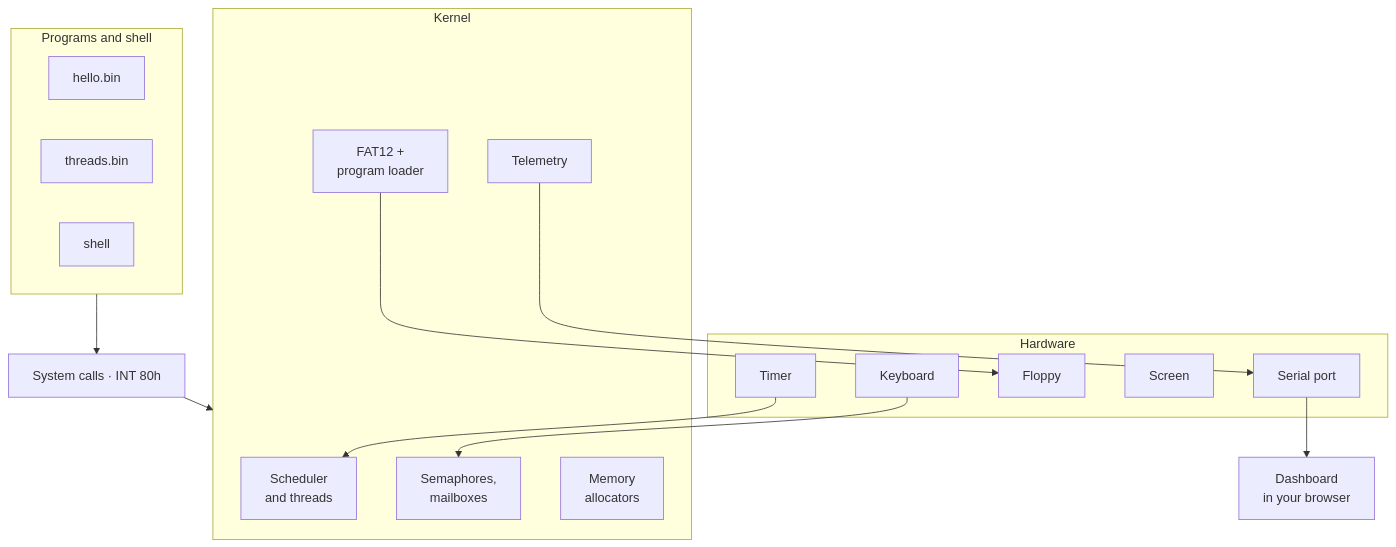
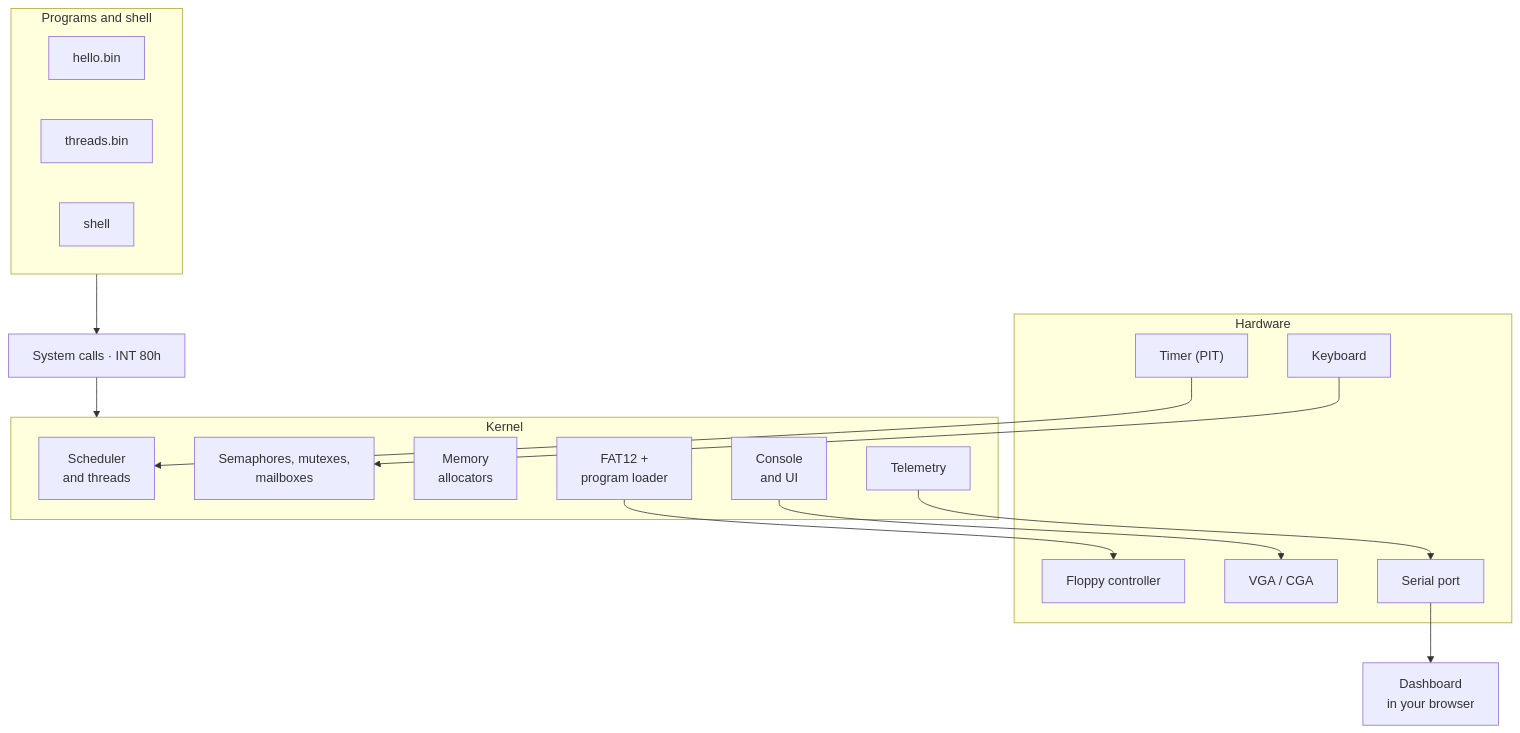
One commit to khandakerCodes/PHOENIX_8086 changed the first of 4 diagrams in README.md. Above: the diagram before and after it, drawn with Mermaid. The commit also changed other lines of this file and 18 other files, not shown here.

````diff
--- a/README.md
+++ b/README.md
@@ -315,29 +354,31 @@
 ```mermaid
 flowchart TB
     subgraph Programs["Programs and shell"]
         P1["hello.bin"]
         P2["threads.bin"]
         SHELL["shell"]
     end
     SYS["System calls · INT 80h"]
     subgraph Kernel
         SCHED["Scheduler<br/>and threads"]
-        SYNC["Semaphores,<br/>mailboxes"]
+        SYNC["Semaphores, mutexes,<br/>mailboxes"]
         MEM["Memory<br/>allocators"]
         FS["FAT12 +<br/>program loader"]
+        UI["Console<br/>and UI"]
         TEL["Telemetry"]
     end
     subgraph Hardware
-        TIMER["Timer"]
+        TIMER["Timer (PIT)"]
         KBD["Keyboard"]
-        FDC["Floppy"]
-        VGA["Screen"]
+        FDC["Floppy controller"]
+        VGA["VGA / CGA"]
         COM["Serial port"]
     end
     Programs --> SYS --> Kernel
     TIMER --> SCHED
     KBD --> SYNC
     FS --> FDC
+    UI --> VGA
     TEL --> COM
     COM --> DASH["Dashboard<br/>in your browser"]
 ```
````
